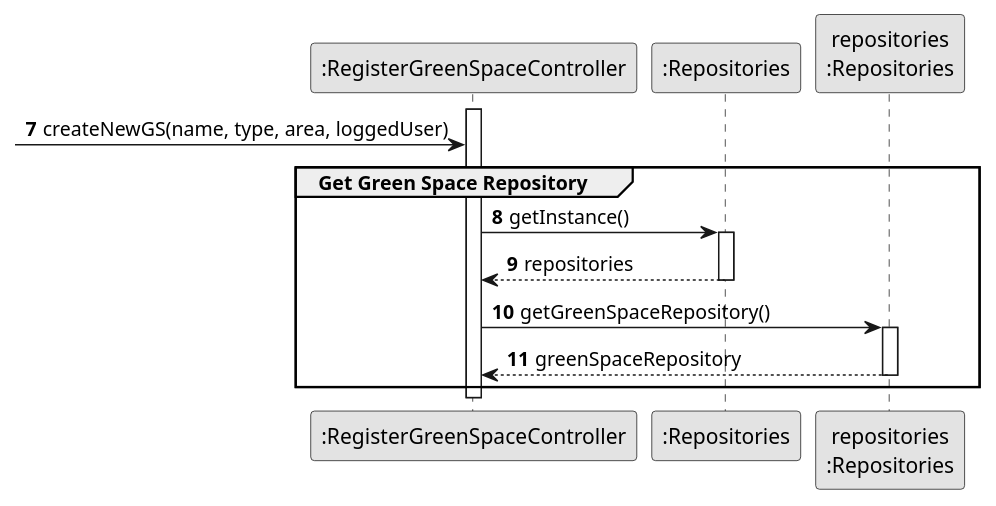
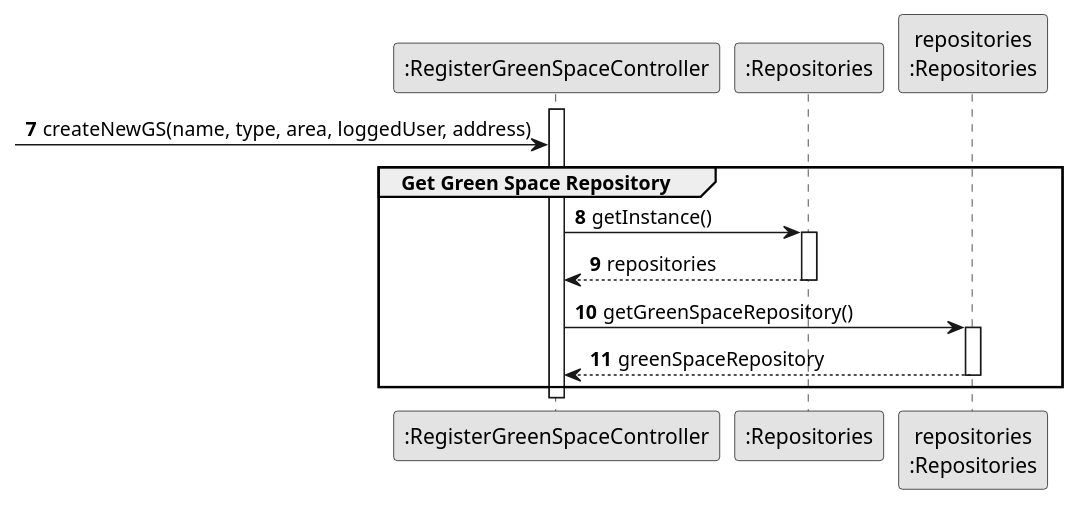
The diagram in docs/sprintC/us020/03.design/puml/us020-sequence-diagram-partial-get-green-space-repository.puml (ricardomm7/leaflink), drawn with PlantUML before and after one commit. The commit also changed 5 other files, not shown here.

```diff
--- a/docs/sprintC/us020/03.design/puml/us020-sequence-diagram-partial-get-green-space-repository.puml
+++ b/docs/sprintC/us020/03.design/puml/us020-sequence-diagram-partial-get-green-space-repository.puml
@@ -1,37 +1,37 @@
 @startuml
 skinparam monochrome true
 skinparam packageStyle rectangle
 skinparam shadowing false
 
 autonumber
 
 'hide footbox
 
 participant ":RegisterGreenSpaceController" as CTRL
 participant ":Repositories" as RepositorySingleton
 participant "repositories\n:Repositories" as PLAT
 
 autonumber 7
 
 
 activate CTRL
 
- -> CTRL: createNewGS(name, type, area, loggedUser)
+ -> CTRL: createNewGS(name, type, area, loggedUser, address)
 
     group Get Green Space Repository
 
 
 CTRL -> RepositorySingleton : getInstance()
 activate RepositorySingleton
 RepositorySingleton --> CTRL : repositories
 deactivate RepositorySingleton
 CTRL -> PLAT : getGreenSpaceRepository()
 activate PLAT
 PLAT -->  CTRL: greenSpaceRepository
 deactivate PLAT
 
     end
 deactivate CTRL
 
 
 @enduml
```
